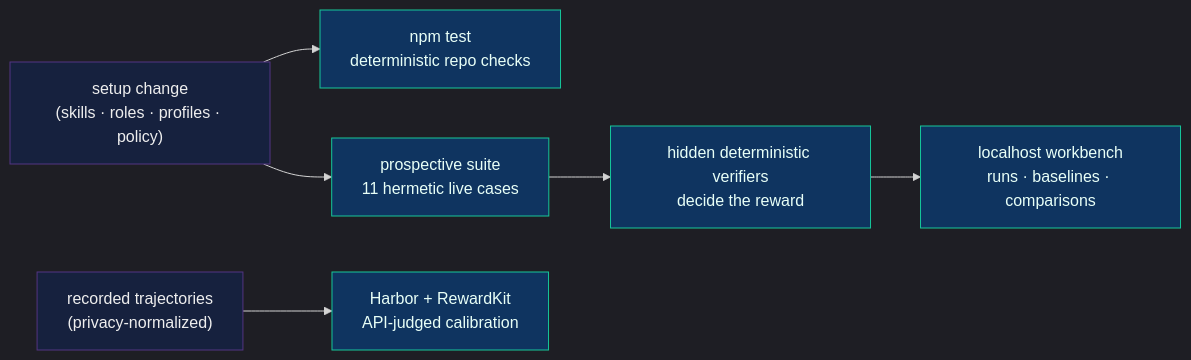
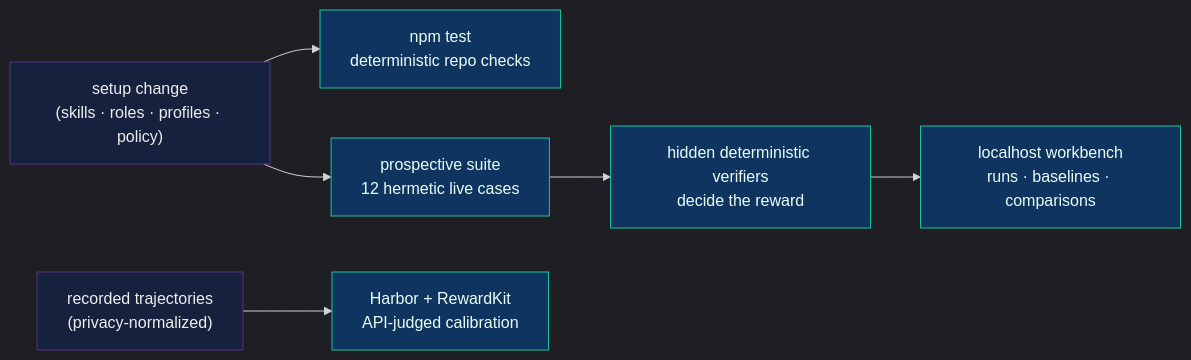
Before and after one commit to nourhelmi/pi-meta-harness: the second of 2 diagrams in README.md, drawn with Mermaid. The commit also changed other lines of this file and 13 other files, not shown here.

````diff
--- a/README.md
+++ b/README.md
@@ -194,17 +194,17 @@
 ```mermaid
 ---
 config:
   theme: dark
 ---
 flowchart LR
   Change["setup change\n(skills · roles · profiles · policy)"] --> Det["npm test\ndeterministic repo checks"]
-  Change --> Pro["prospective suite\n11 hermetic live cases"]
+  Change --> Pro["prospective suite\n12 hermetic live cases"]
   Rec["recorded trajectories\n(privacy-normalized)"] --> Harbor["Harbor + RewardKit\nAPI-judged calibration"]
   Pro --> Verify["hidden deterministic verifiers\ndecide the reward"]
   Verify --> Bench["localhost workbench\nruns · baselines · comparisons"]
 
   classDef in fill:#16213e,stroke:#533483,color:#eee
   classDef check fill:#0f3460,stroke:#16c79a,color:#e8fff7
   class Change,Rec in
   class Det,Pro,Harbor,Verify,Bench check
 ```
````
